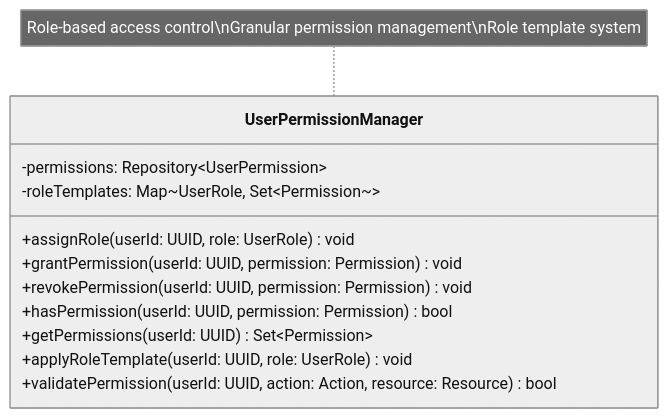
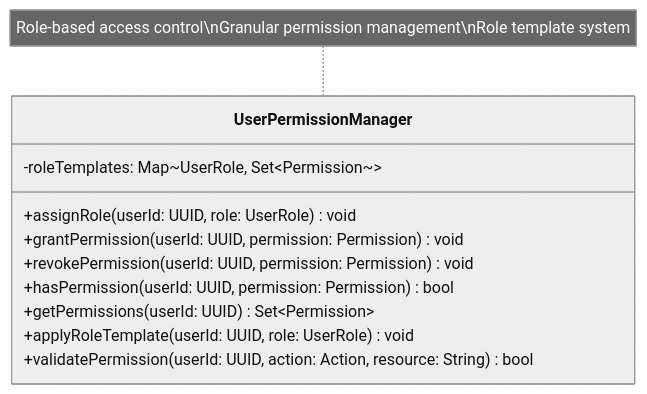
One commit to mj010101/swe_25f changed diagram 12 of 13 in diagrams/business_class_diagram.md. Above: the diagram before and after it, drawn with Mermaid (neutral theme). The commit also changed other lines of this file and 4 other files, not shown here.

````diff
--- a/diagrams/business_class_diagram.md
+++ b/diagrams/business_class_diagram.md
@@ -484,18 +366,17 @@
 ```mermaid
 classDiagram
     direction TB
 
     class UserPermissionManager {
-        -permissions: Repository~UserPermission~
         -roleTemplates: Map~UserRole, Set~Permission~~
         +assignRole(userId: UUID, role: UserRole) void
         +grantPermission(userId: UUID, permission: Permission) void
         +revokePermission(userId: UUID, permission: Permission) void
         +hasPermission(userId: UUID, permission: Permission) bool
         +getPermissions(userId: UUID) Set~Permission~
         +applyRoleTemplate(userId: UUID, role: UserRole) void
-        +validatePermission(userId: UUID, action: Action, resource: Resource) bool
+        +validatePermission(userId: UUID, action: Action, resource: String) bool
     }
 
     note for UserPermissionManager "Role-based access control\nGranular permission management\nRole template system"
 ```
````
